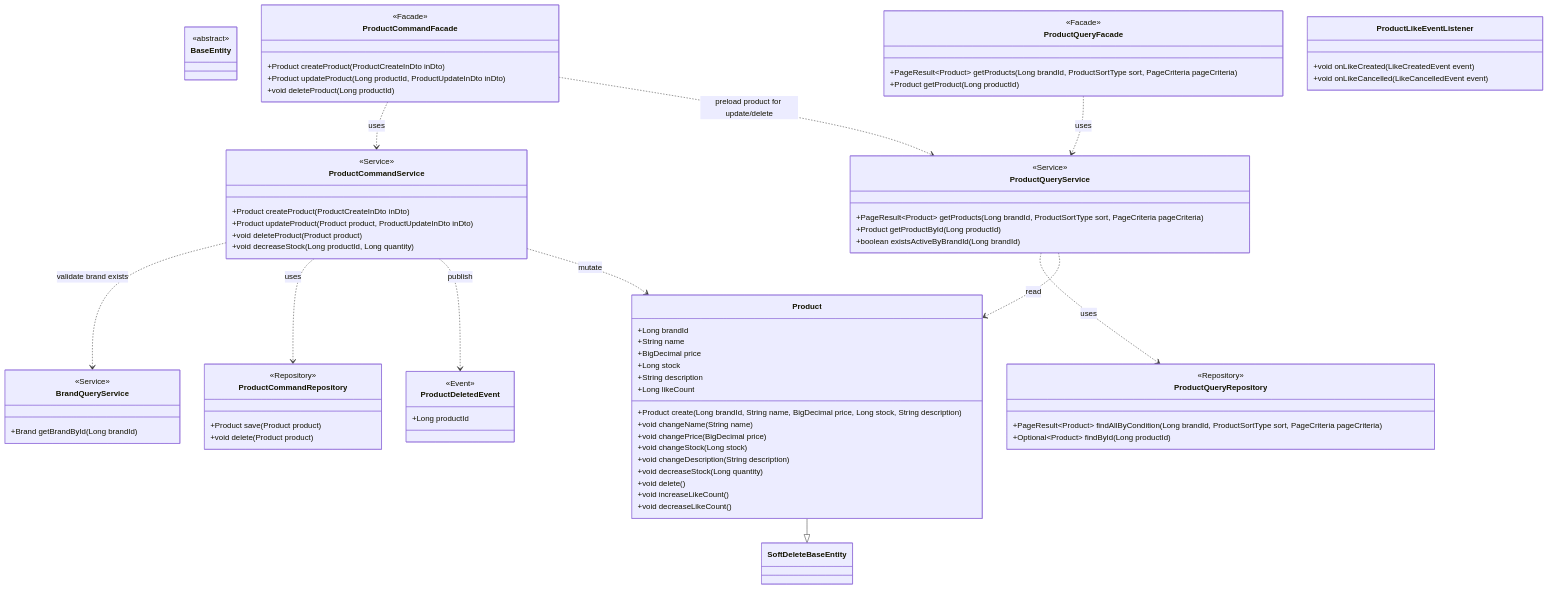
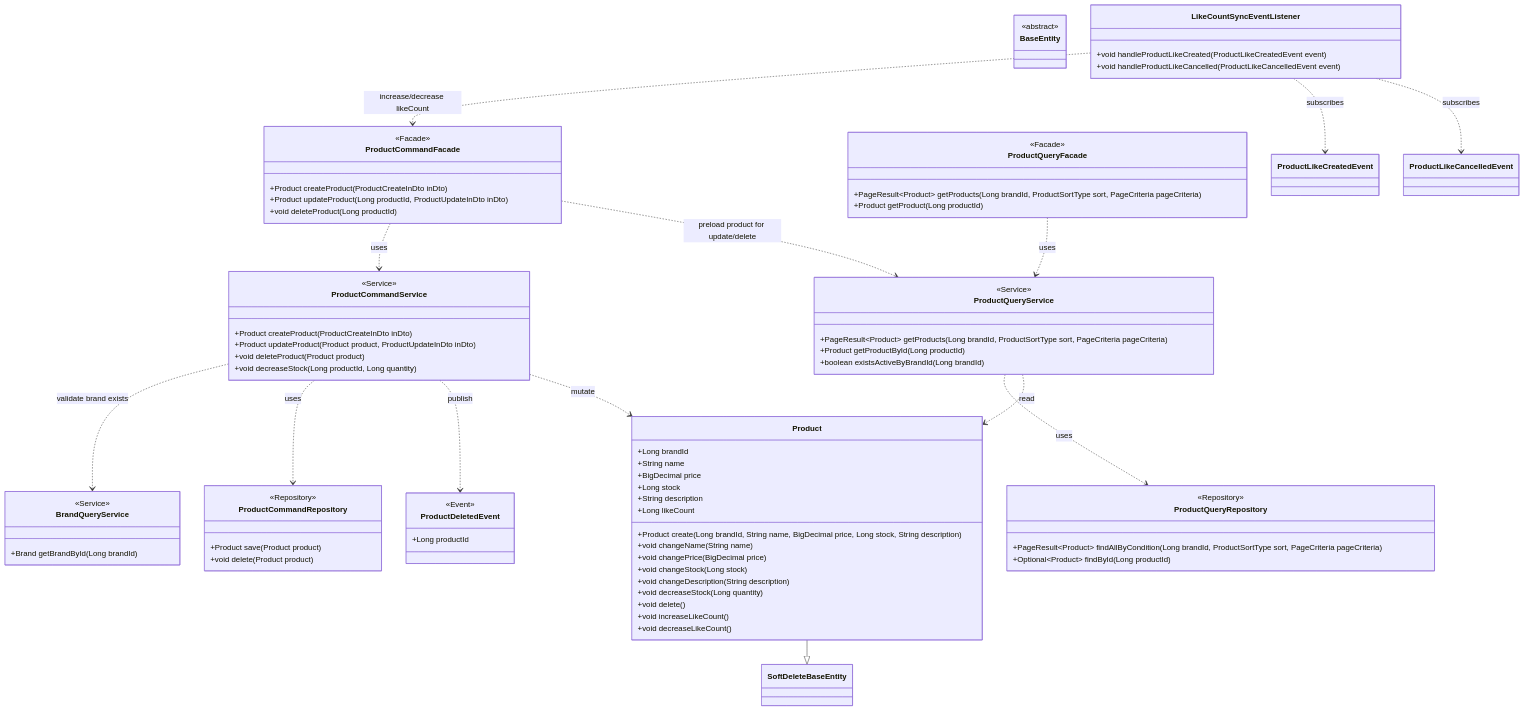
One commit to Hwan0518/loop-pack-be-l2-vol3-java changed the fourth of 8 diagrams in docs/design/03-class-diagram.md. Above: the diagram before and after it, drawn with Mermaid. The commit also changed other lines of this file and 13 other files, not shown here.

```diff
--- a/docs/design/03-class-diagram.md
+++ b/docs/design/03-class-diagram.md
@@ -373,9 +372,9 @@
         +Long productId
     }
 
-    class ProductLikeEventListener {
-        +void onLikeCreated(LikeCreatedEvent event)
-        +void onLikeCancelled(LikeCancelledEvent event)
+    class LikeCountSyncEventListener {
+        +void handleProductLikeCreated(ProductLikeCreatedEvent event)
+        +void handleProductLikeCancelled(ProductLikeCancelledEvent event)
     }
 
     ProductCommandFacade ..> ProductCommandService : uses
@@ -386,6 +385,9 @@
     ProductCommandService ..> ProductCommandRepository : uses
     ProductCommandService ..> ProductDeletedEvent : publish
     ProductQueryService ..> ProductQueryRepository : uses
+    LikeCountSyncEventListener ..> ProductCommandFacade : increase/decrease likeCount
+    LikeCountSyncEventListener ..> ProductLikeCreatedEvent : subscribes
+    LikeCountSyncEventListener ..> ProductLikeCancelledEvent : subscribes
 
     ProductCommandService ..> Product : mutate
     ProductQueryService ..> Product : read
```
